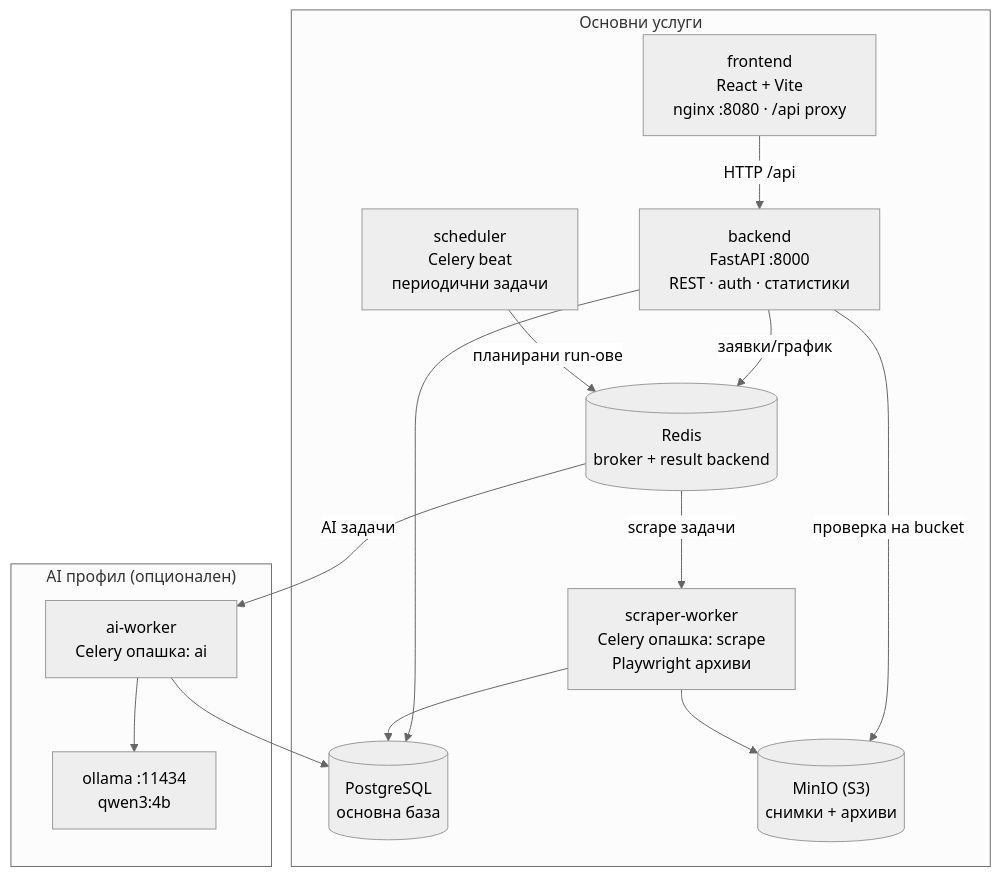
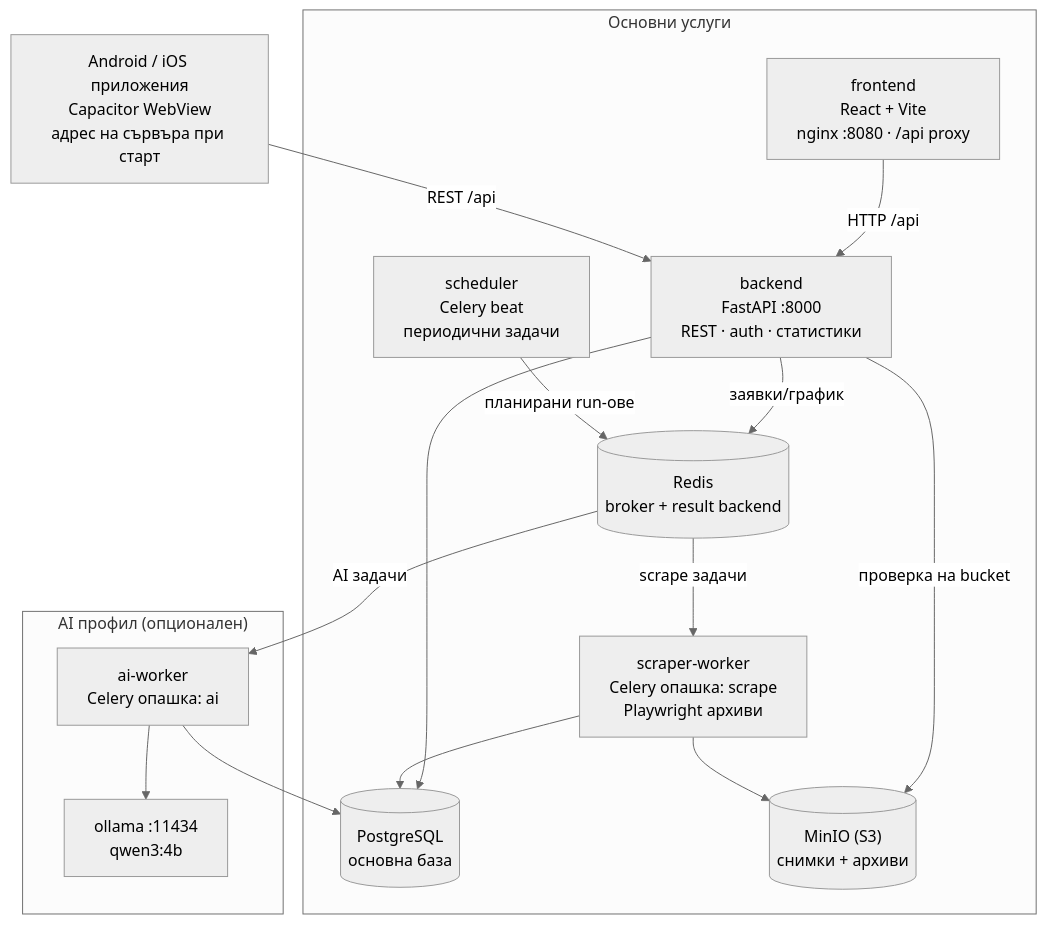
The diagram in README_BG.md (metodiev/Bulgaria-Auto-CarMarket), drawn with Mermaid (neutral theme) before and after one commit. The commit also changed other lines of this file and 99 other files, not shown here.

Commit message:
add mobile build android and ios

````diff
--- a/README_BG.md
+++ b/README_BG.md
@@ -39,29 +40,32 @@
 ```mermaid
 flowchart TD
     subgraph core["Основни услуги"]
         UI["frontend<br/>React + Vite<br/>nginx :8080 · /api proxy"]
         API["backend<br/>FastAPI :8000<br/>REST · auth · статистики"]
         DB[("PostgreSQL<br/>основна база")]
         REDIS[("Redis<br/>broker + result backend")]
         MINIO[("MinIO (S3)<br/>снимки + архиви")]
         SCRAPER["scraper-worker<br/>Celery опашка: scrape<br/>Playwright архиви"]
         SCHEDULER["scheduler<br/>Celery beat<br/>периодични задачи"]
     end
 
     subgraph ai["AI профил (опционален)"]
         AIWORKER["ai-worker<br/>Celery опашка: ai"]
         OLLAMA["ollama :11434<br/>qwen3:4b"]
     end
 
+    MOBILE["Android / iOS приложения<br/>Capacitor WebView<br/>адрес на сървъра при старт"]
+
     UI -->|"HTTP /api"| API
+    MOBILE -->|"REST /api"| API
     API --> DB
     API -->|"заявки/график"| REDIS
     API -->|"проверка на bucket"| MINIO
     SCHEDULER -->|"планирани run-ове"| REDIS
     REDIS -->|"scrape задачи"| SCRAPER
     REDIS -->|"AI задачи"| AIWORKER
     SCRAPER --> DB
     SCRAPER --> MINIO
     AIWORKER --> DB
     AIWORKER --> OLLAMA
 ```
````
